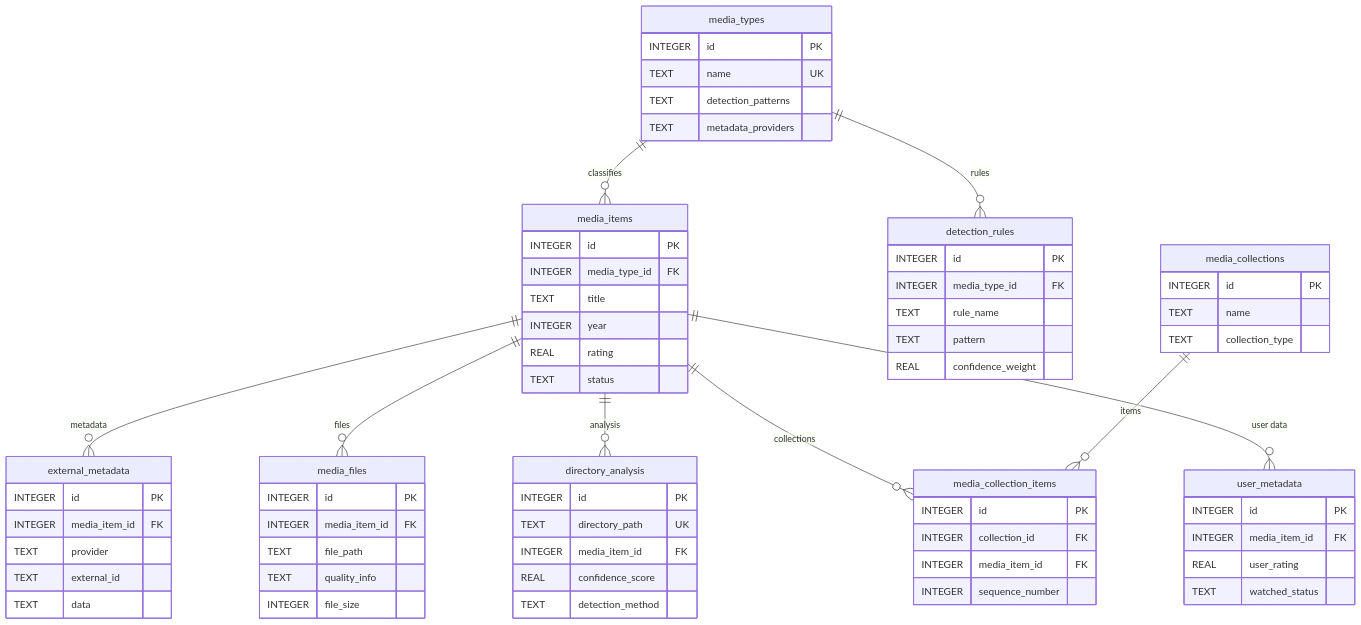
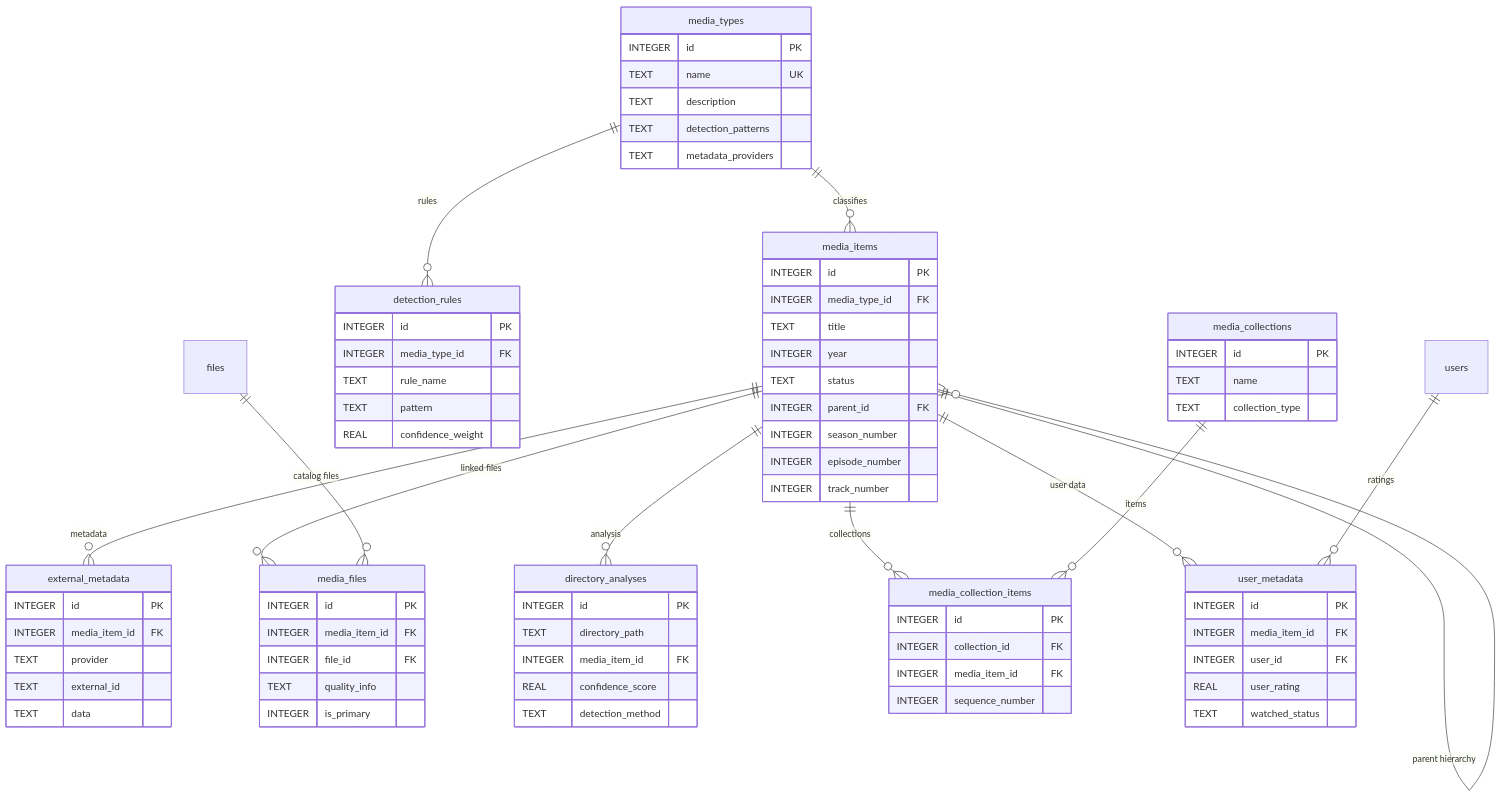
The fourth of 5 diagrams in docs/diagrams/ER_DIAGRAM.md (milos85vasic/Catalogizer), drawn with Mermaid before and after one commit. The commit also changed other lines of this file and 72 other files, not shown here.

````diff
--- a/docs/diagrams/ER_DIAGRAM.md
+++ b/docs/diagrams/ER_DIAGRAM.md
@@ -716,71 +737,79 @@
 ```mermaid
 erDiagram
     media_types ||--o{ media_items : "classifies"
     media_types ||--o{ detection_rules : "rules"
+    media_items ||--o{ media_items : "parent hierarchy"
     media_items ||--o{ external_metadata : "metadata"
-    media_items ||--o{ media_files : "files"
-    media_items ||--o{ directory_analysis : "analysis"
+    media_items ||--o{ media_files : "linked files"
+    files ||--o{ media_files : "catalog files"
+    media_items ||--o{ directory_analyses : "analysis"
     media_items ||--o{ media_collection_items : "collections"
     media_collections ||--o{ media_collection_items : "items"
     media_items ||--o{ user_metadata : "user data"
+    users ||--o{ user_metadata : "ratings"
 
     media_types {
         INTEGER id PK
         TEXT name UK
+        TEXT description
         TEXT detection_patterns
         TEXT metadata_providers
     }
     media_items {
         INTEGER id PK
         INTEGER media_type_id FK
         TEXT title
         INTEGER year
-        REAL rating
         TEXT status
+        INTEGER parent_id FK
+        INTEGER season_number
+        INTEGER episode_number
+        INTEGER track_number
     }
     external_metadata {
         INTEGER id PK
         INTEGER media_item_id FK
         TEXT provider
         TEXT external_id
         TEXT data
     }
     media_files {
         INTEGER id PK
         INTEGER media_item_id FK
-        TEXT file_path
+        INTEGER file_id FK
         TEXT quality_info
-        INTEGER file_size
+        INTEGER is_primary
     }
-    directory_analysis {
+    directory_analyses {
         INTEGER id PK
-        TEXT directory_path UK
+        TEXT directory_path
         INTEGER media_item_id FK
         REAL confidence_score
         TEXT detection_method
     }
     detection_rules {
         INTEGER id PK
         INTEGER media_type_id FK
         TEXT rule_name
         TEXT pattern
         REAL confidence_weight
     }
     media_collections {
         INTEGER id PK
         TEXT name
         TEXT collection_type
     }
     media_collection_items {
         INTEGER id PK
         INTEGER collection_id FK
         INTEGER media_item_id FK
         INTEGER sequence_number
     }
     user_metadata {
         INTEGER id PK
         INTEGER media_item_id FK
+        INTEGER user_id FK
         REAL user_rating
         TEXT watched_status
     }
 ```
````
